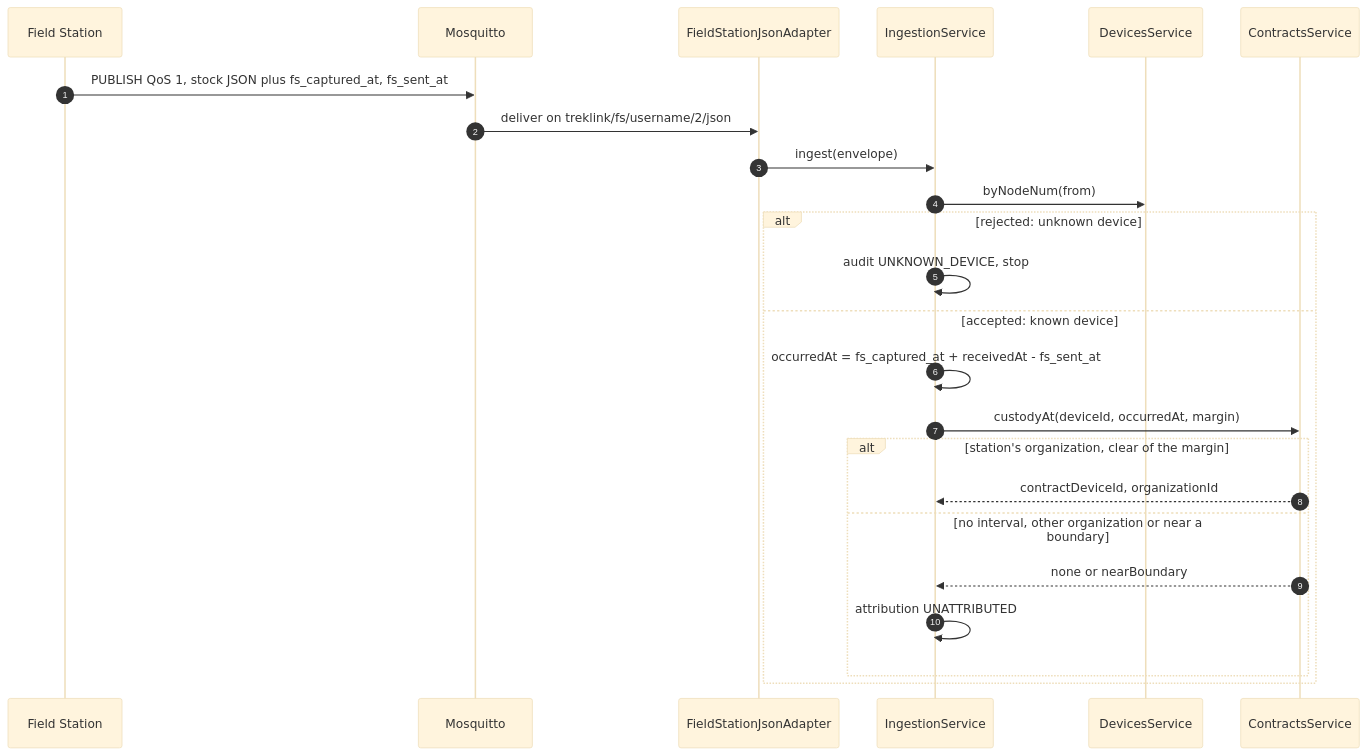
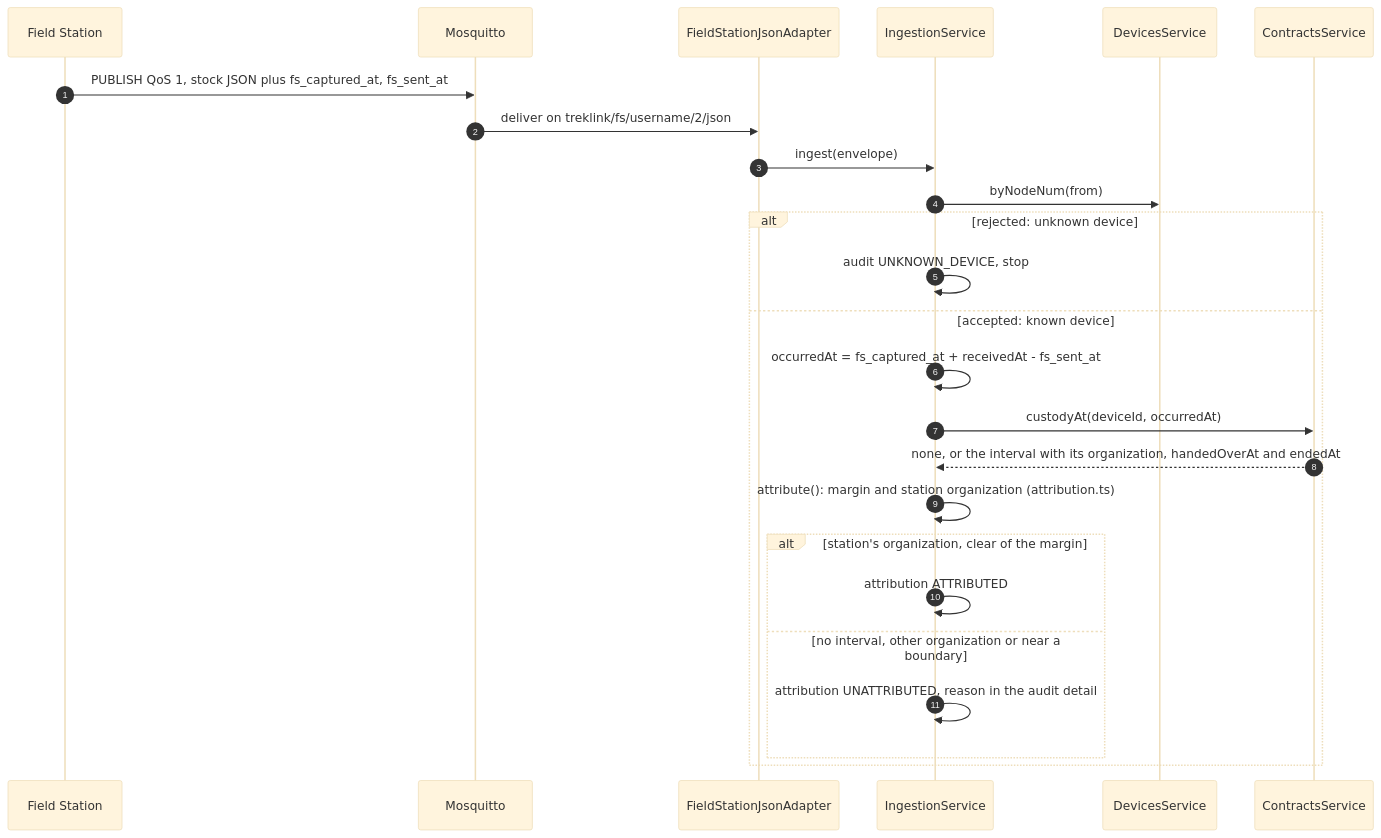
Before and after one commit to TrekLink-Team/treklink-web: the fifth of 8 diagrams in specs/gateway-sync/design.md, drawn with Mermaid (base theme). The commit also changed 10 other files, not shown here.

First line of the commit message:
refactor: keep the attribution margin rule only in attribution.ts

````diff
--- a/specs/gateway-sync/design.md
+++ b/specs/gateway-sync/design.md
@@ -257,26 +257,27 @@
 ```mermaid
 sequenceDiagram
     autonumber
     participant FS as Field Station
     participant B as Mosquitto
     participant A as FieldStationJsonAdapter
     participant S as IngestionService
     participant D as DevicesService
     participant Rt as ContractsService
     FS->>B: PUBLISH QoS 1, stock JSON plus fs_captured_at, fs_sent_at
     B->>A: deliver on treklink/fs/username/2/json
     A->>S: ingest(envelope)
     S->>D: byNodeNum(from)
     alt rejected: unknown device
         S->>S: audit UNKNOWN_DEVICE, stop
     else accepted: known device
         S->>S: occurredAt = fs_captured_at + receivedAt - fs_sent_at
-        S->>Rt: custodyAt(deviceId, occurredAt, margin)
+        S->>Rt: custodyAt(deviceId, occurredAt)
+        Rt-->>S: none, or the interval with its organization, handedOverAt and endedAt
+        S->>S: attribute(): margin and station organization (attribution.ts)
         alt station's organization, clear of the margin
-            Rt-->>S: contractDeviceId, organizationId
+            S->>S: attribution ATTRIBUTED
         else no interval, other organization or near a boundary
-            Rt-->>S: none or nearBoundary
-            S->>S: attribution UNATTRIBUTED
+            S->>S: attribution UNATTRIBUTED, reason in the audit detail
         end
     end
 ```
````
